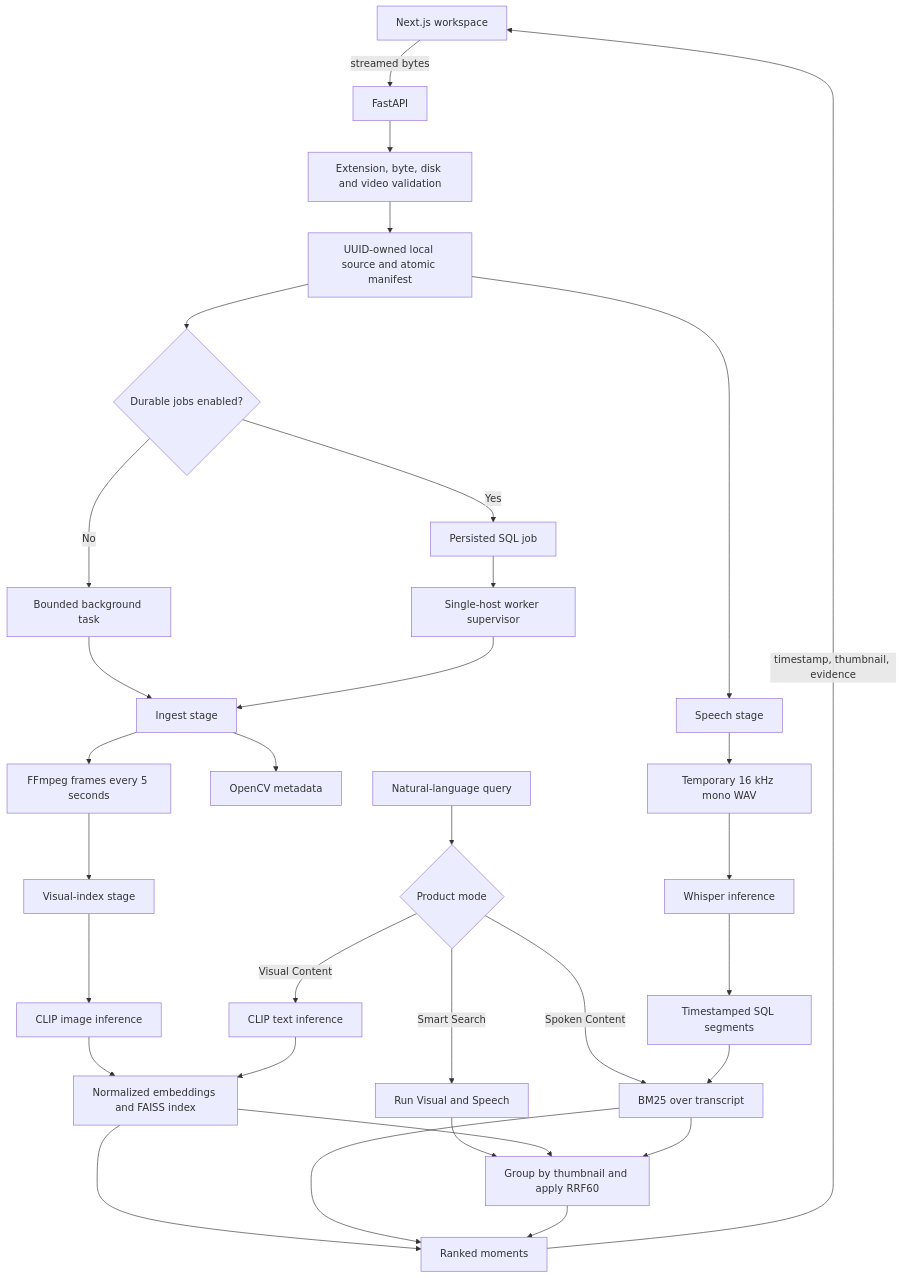
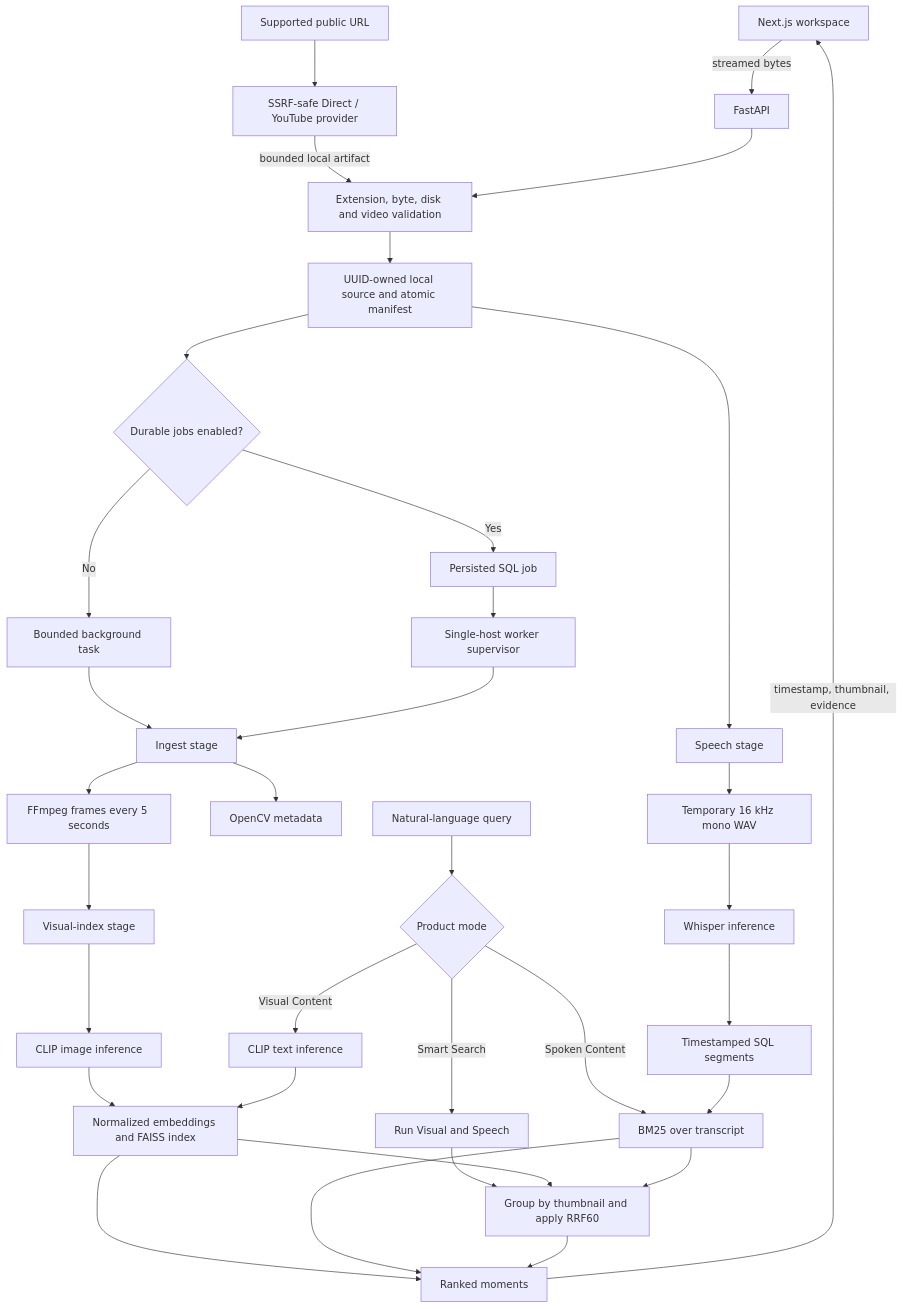
One commit to AliberkOlukkaya/SceneMind changed the diagram in ARCHITECTURE.md. Above: the diagram before and after it, drawn with Mermaid. The commit also changed other lines of this file and 25 other files, not shown here.

````diff
--- a/ARCHITECTURE.md
+++ b/ARCHITECTURE.md
@@ -9,34 +9,36 @@
 ```mermaid
 flowchart TD
     Browser[Next.js workspace] -->|streamed bytes| API[FastAPI]
+    URL[Supported public URL] --> Provider[SSRF-safe Direct / YouTube provider]
+    Provider -->|bounded local artifact| Validate
     API --> Validate[Extension, byte, disk and video validation]
     Validate --> Store[UUID-owned local source and atomic manifest]
     Store --> Queue{Durable jobs enabled?}
     Queue -->|No| Inline[Bounded background task]
     Queue -->|Yes| SQLJob[Persisted SQL job]
     SQLJob --> Worker[Single-host worker supervisor]
     Inline --> Ingest[Ingest stage]
     Worker --> Ingest
     Ingest --> Frames[FFmpeg frames every 5 seconds]
     Ingest --> Metadata[OpenCV metadata]
     Frames --> VisualJob[Visual-index stage]
     Store --> SpeechJob[Speech stage]
     VisualJob --> CLIP[CLIP image inference]
     CLIP --> Vectors[Normalized embeddings and FAISS index]
     SpeechJob --> Audio[Temporary 16 kHz mono WAV]
     Audio --> Whisper[Whisper inference]
     Whisper --> Transcript[Timestamped SQL segments]
     Query[Natural-language query] --> Mode{Product mode}
     Mode -->|Visual Content| CLIPText[CLIP text inference]
     CLIPText --> Vectors
     Mode -->|Spoken Content| BM25[BM25 over transcript]
     Transcript --> BM25
     Mode -->|Smart Search| Both[Run Visual and Speech]
     Both --> RRF[Group by thumbnail and apply RRF60]
     Vectors --> RRF
     BM25 --> RRF
     Vectors --> Results[Ranked moments]
     BM25 --> Results
     RRF --> Results
     Results -->|timestamp, thumbnail, evidence| Browser
 ```
````
